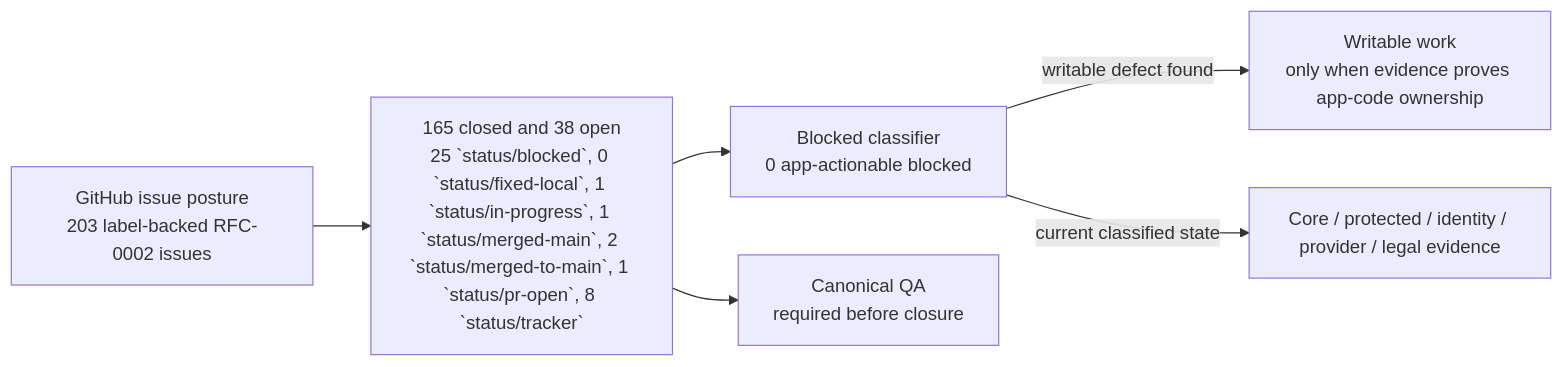
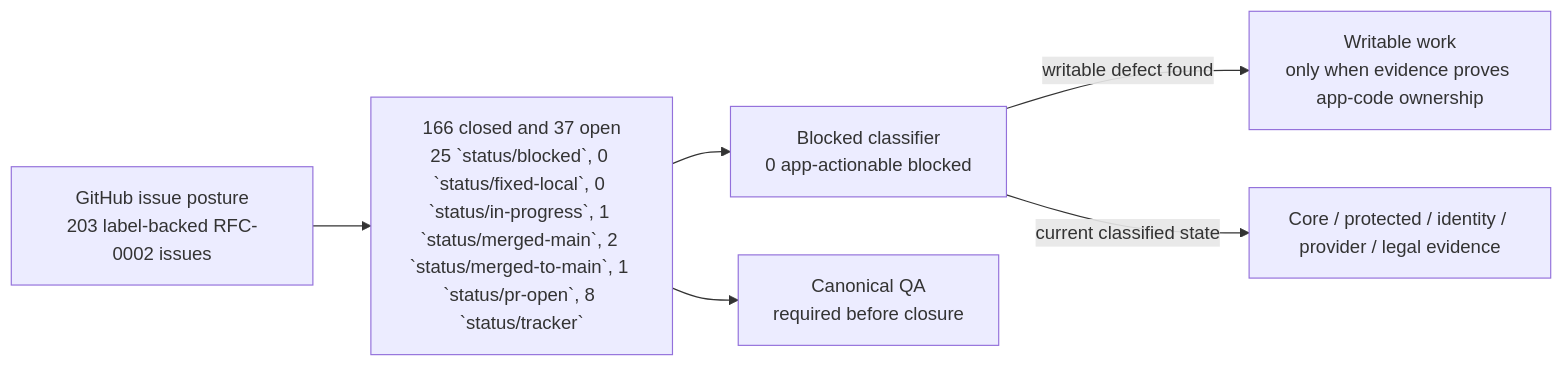
Before and after one commit to sgajbi/lotus-idea: the first of 2 diagrams in wiki/RFC-0002-Execution-Status.md, drawn with Mermaid. The commit also changed other lines of this file and 9 other files, not shown here.

````diff
--- a/wiki/RFC-0002-Execution-Status.md
+++ b/wiki/RFC-0002-Execution-Status.md
@@ -39,15 +39,15 @@
 ```mermaid
 flowchart LR
     Issues["GitHub issue posture<br/>203 label-backed RFC-0002 issues"]
-    Open["165 closed and 38 open<br/>25 `status/blocked`, 0 `status/fixed-local`, 1 `status/in-progress`, 1 `status/merged-main`, 2 `status/merged-to-main`, 1 `status/pr-open`, 8 `status/tracker`"]
+    Open["166 closed and 37 open<br/>25 `status/blocked`, 0 `status/fixed-local`, 0 `status/in-progress`, 1 `status/merged-main`, 2 `status/merged-to-main`, 1 `status/pr-open`, 8 `status/tracker`"]
     Blocked["Blocked classifier<br/>0 app-actionable blocked"]
     Work["Writable work<br/>only when evidence proves app-code ownership"]
     External["Core / protected / identity / provider / legal evidence"]
     QA["Canonical QA<br/>required before closure"]
 
     Issues --> Open
     Open --> Blocked
     Blocked -->|"writable defect found"| Work
     Blocked -->|"current classified state"| External
     Open --> QA
 ```
````
